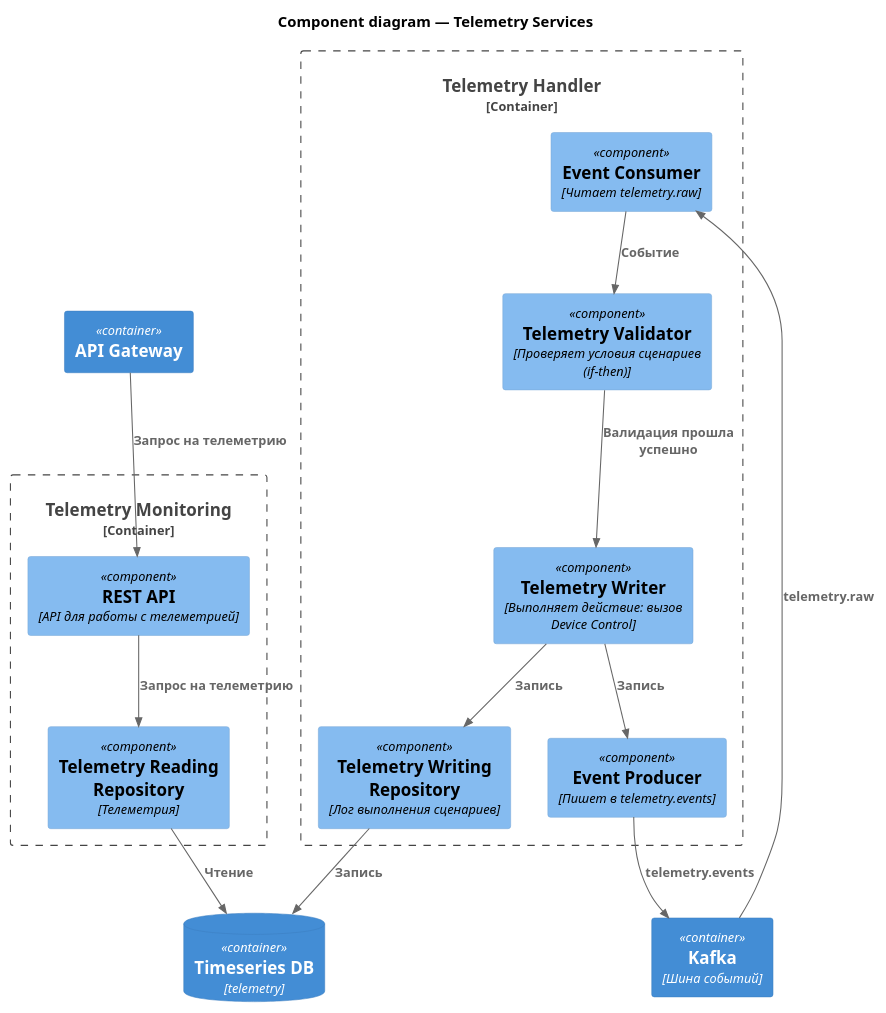
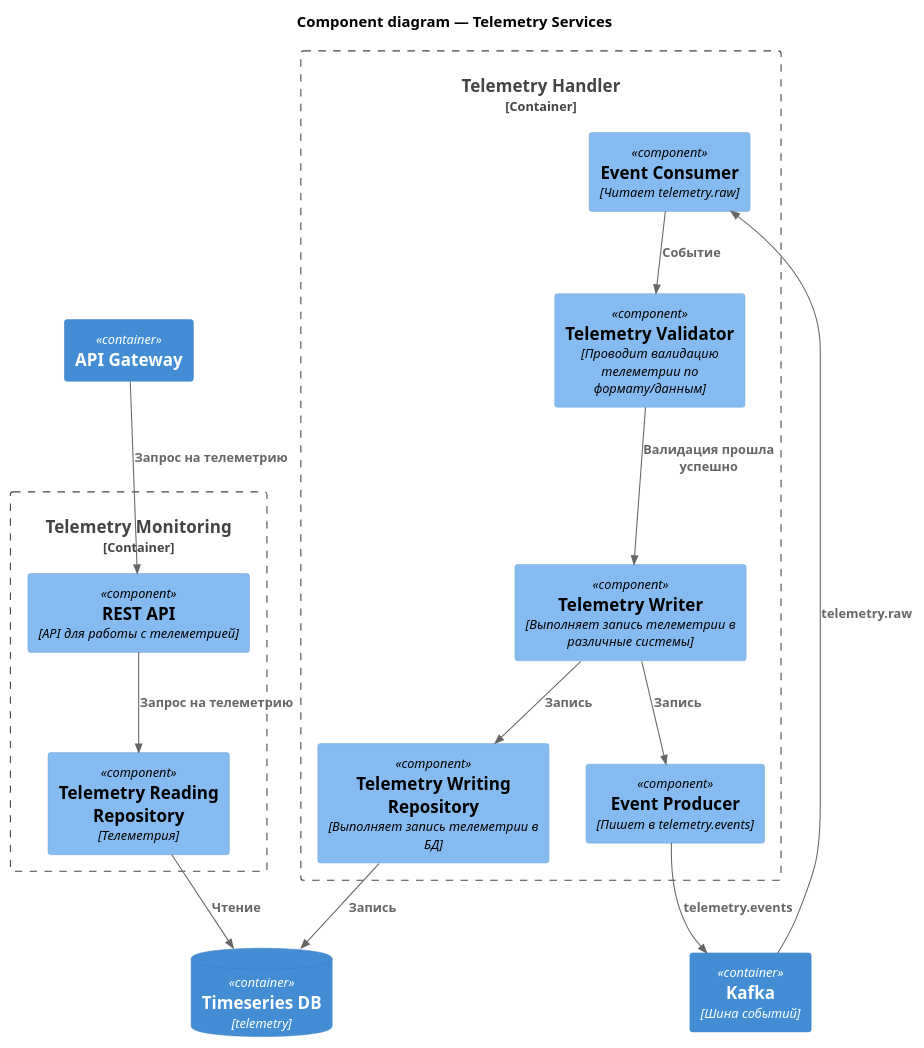
One commit to drunkendolphin2-ai/architecture-warmhouse changed the diagram in diagrams/context/SmartHome_Telemetry_Component.puml. Above: the diagram before and after it, drawn with PlantUML.

Commit message:
небольшие фиксы

```diff
--- a/diagrams/context/SmartHome_Telemetry_Component.puml
+++ b/diagrams/context/SmartHome_Telemetry_Component.puml
@@ -1,40 +1,39 @@
 @startuml
 !includeurl https://raw.githubusercontent.com/plantuml-stdlib/C4-PlantUML/master/C4_Component.puml
 
 title Component diagram — Telemetry Services
 
 ContainerDb(telemetryDb, "Timeseries DB", "telemetry")
 Container(broker, "Kafka", "Шина событий")
 Container(apiGw, "API Gateway")
 
 Container_Boundary(telemetryHandler, "Telemetry Handler") {
     Component(eventConsumer, "Event Consumer", "Читает telemetry.raw")
-    Component(telemetryValidator, "Telemetry Validator", "Проверяет условия сценариев (if-then)")
-    Component(telemetryWriter, "Telemetry Writer", "Выполняет действие: вызов Device Control")
-    Component(telemetryWritingRepo, "Telemetry Writing Repository", "Лог выполнения сценариев")
+    Component(telemetryValidator, "Telemetry Validator", "Проводит валидацию телеметрии по формату/данным")
+    Component(telemetryWriter, "Telemetry Writer", "Выполняет запись телеметрии в различные системы")
+    Component(telemetryWritingRepo, "Telemetry Writing Repository", "Выполняет запись телеметрии в БД")
     Component(eventProducer, "Event Producer", "Пишет в telemetry.events")
 }
 
 Container_Boundary(telemetryMonitoring, "Telemetry Monitoring") {
     Component(telemetryMonitoringApi, "REST API", "API для работы с телеметрией")
-    Component(telemetryReadingRepo, "Telemetry Reading Repository", "Телеметрия")
     Component(telemetryReadingRepo, "Telemetry Reading Repository", "Телеметрия")
 }
 
 ' Работа с БД
 Rel(telemetryReadingRepo, telemetryDb, "Чтение")
 Rel(telemetryWritingRepo, telemetryDb, "Запись")
 
 ' Запрос на информацию по телеметрии
 Rel(apiGw, telemetryMonitoringApi, "Запрос на телеметрию")
 Rel(telemetryMonitoringApi, telemetryReadingRepo, "Запрос на телеметрию")
 
 ' Чтение и запись телеметриии
 Rel(broker, eventConsumer, "telemetry.raw")
 Rel(eventConsumer, telemetryValidator, "Событие")
 Rel(telemetryValidator, telemetryWriter, "Валидация прошла успешно")
 Rel(telemetryWriter, telemetryWritingRepo, "Запись")
 Rel(telemetryWriter, eventProducer, "Запись")
 Rel(eventProducer, broker, "telemetry.events")
 
 @enduml
```
